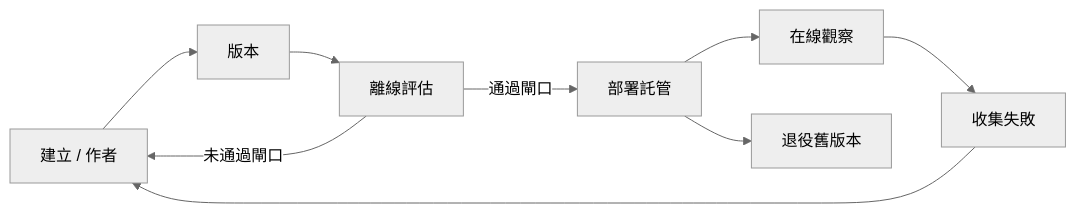
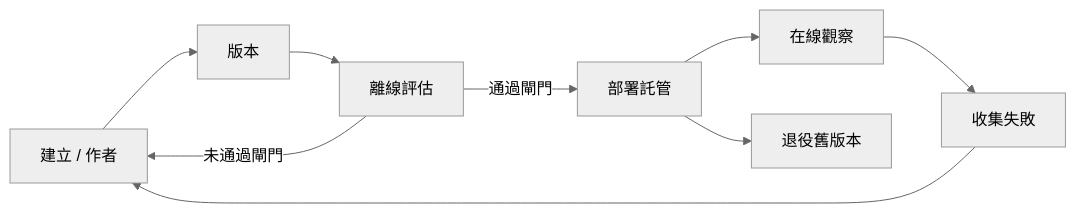
Before and after one commit to microsoft/ai-agents-for-beginners: the second of 4 diagrams in translations/zh-MO/16-deploying-scalable-agents/README.md, drawn with Mermaid (neutral theme). The commit also changed other lines of this file and 44 other files, not shown here.

````diff
--- a/translations/zh-MO/16-deploying-scalable-agents/README.md
+++ b/translations/zh-MO/16-deploying-scalable-agents/README.md
@@ -108,11 +108,11 @@
 ```mermaid
 flowchart LR
     Create[建立 / 作者] --> Version[版本]
     Version --> Evaluate[離線評估]
-    Evaluate -->|通過閘口| Deploy[部署託管]
-    Evaluate -->|未通過閘口| Create
+    Evaluate -->|通過閘門| Deploy[部署託管]
+    Evaluate -->|未通過閘門| Create
     Deploy --> Observe[在線觀察]
     Observe --> Improve[收集失敗]
     Improve --> Create
     Deploy --> Retire[退役舊版本]
 ```
````
